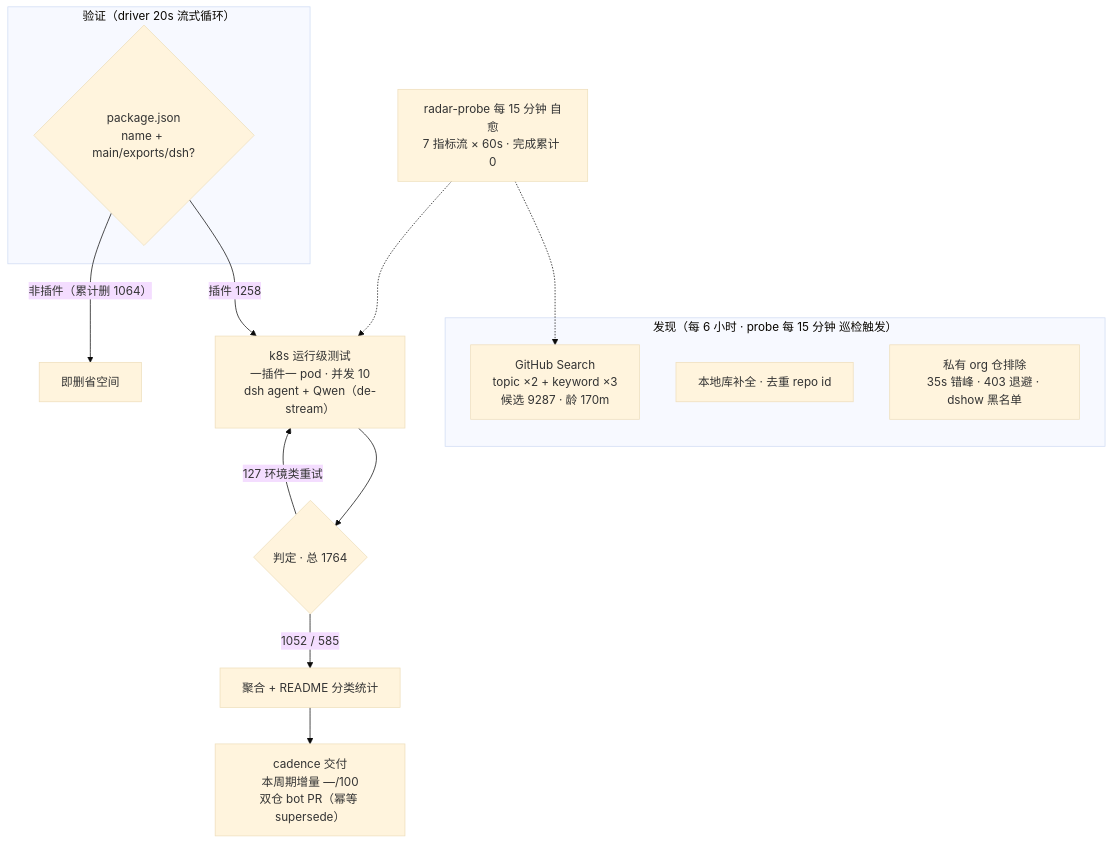
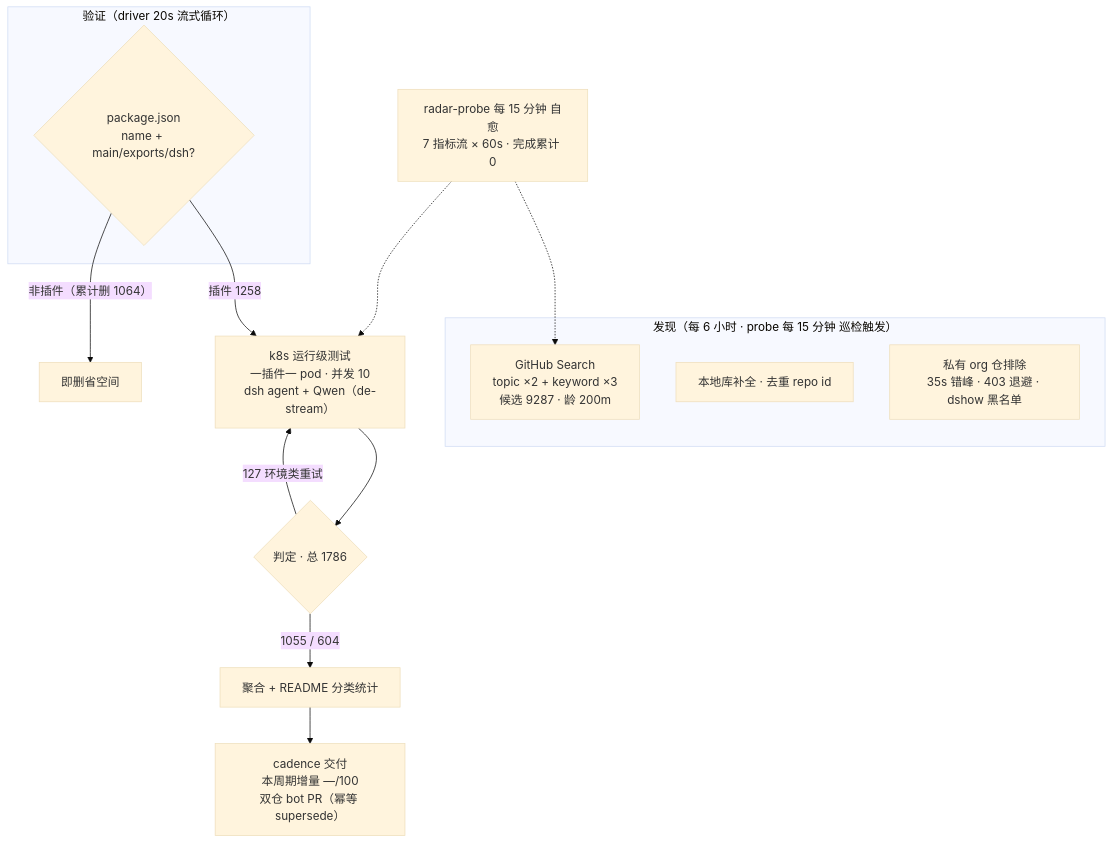
Before and after one commit to Zhidao-Lab-OSS/awesome-dsh-plugins: the diagram in README.md, drawn with Mermaid (base theme). The commit also changed other lines of this file and 1 other file, not shown here.

````diff
--- a/README.md
+++ b/README.md
@@ -37,19 +37,19 @@
 ```mermaid
 flowchart TB
     subgraph Discovery[" 发现（每 6 小时 · probe 每 15 分钟 巡检触发）"]
-        A1["GitHub Search<br/>topic ×2 + keyword ×3<br/>候选 9287 · 龄 170m"]
+        A1["GitHub Search<br/>topic ×2 + keyword ×3<br/>候选 9287 · 龄 200m"]
         A2["本地库补全 · 去重 repo id"]
         A3[" 私有 org 仓排除<br/>35s 错峰 · 403 退避 · dshow 黑名单"]
     end
     subgraph Validation[" 验证（driver 20s 流式循环）"]
         B1{"package.json<br/>name + main/exports/dsh?"}
     end
     B1 -->|"插件 1258"| C1["k8s 运行级测试<br/>一插件一 pod · 并发 10<br/>dsh agent + Qwen（de-stream）"]
     B1 -->|"非插件（累计删 1064）"| B3[" 即删省空间"]
-    C1 --> D1{"判定 · 总 1764"}
-    D1 -->|" 1052 /  585"| E1["聚合 + README 分类统计"]
+    C1 --> D1{"判定 · 总 1786"}
+    D1 -->|" 1055 /  604"| E1["聚合 + README 分类统计"]
     D1 -->|" 127 环境类重试"| C1
     E1 --> E2["cadence 交付<br/>本周期增量 —/100<br/>双仓 bot PR（幂等 supersede）"]
     M[" radar-probe 每 15 分钟 自愈<br/>7 指标流 × 60s · 完成累计 0"] -.-> A1
     M -.-> C1
 ```
````
